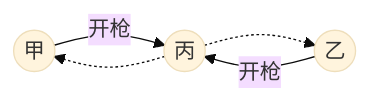
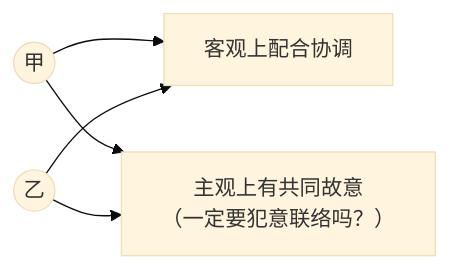
The first of 7 diagrams in content/法学/刑法/VIII 共同犯罪.md (chilly-chilli/ChillyChilli), drawn with Mermaid (base theme) before and after one commit. The commit also changed other lines of this file and 67 other files, not shown here.

````diff
--- a/content/法学/刑法/VIII 共同犯罪.md
+++ b/content/法学/刑法/VIII 共同犯罪.md
@@ -46,8 +35,5 @@
 ```mermaid
 graph LR
-A((甲))
-B((乙))
-C((丙))
-A & B --开枪--> C
-C -.-> A & B
+	
+	A((甲)) & B((乙)) --> C[客观上配合协调] & D[主观上有共同故意<br>（一定要犯意联络吗？）]
 ```
````
